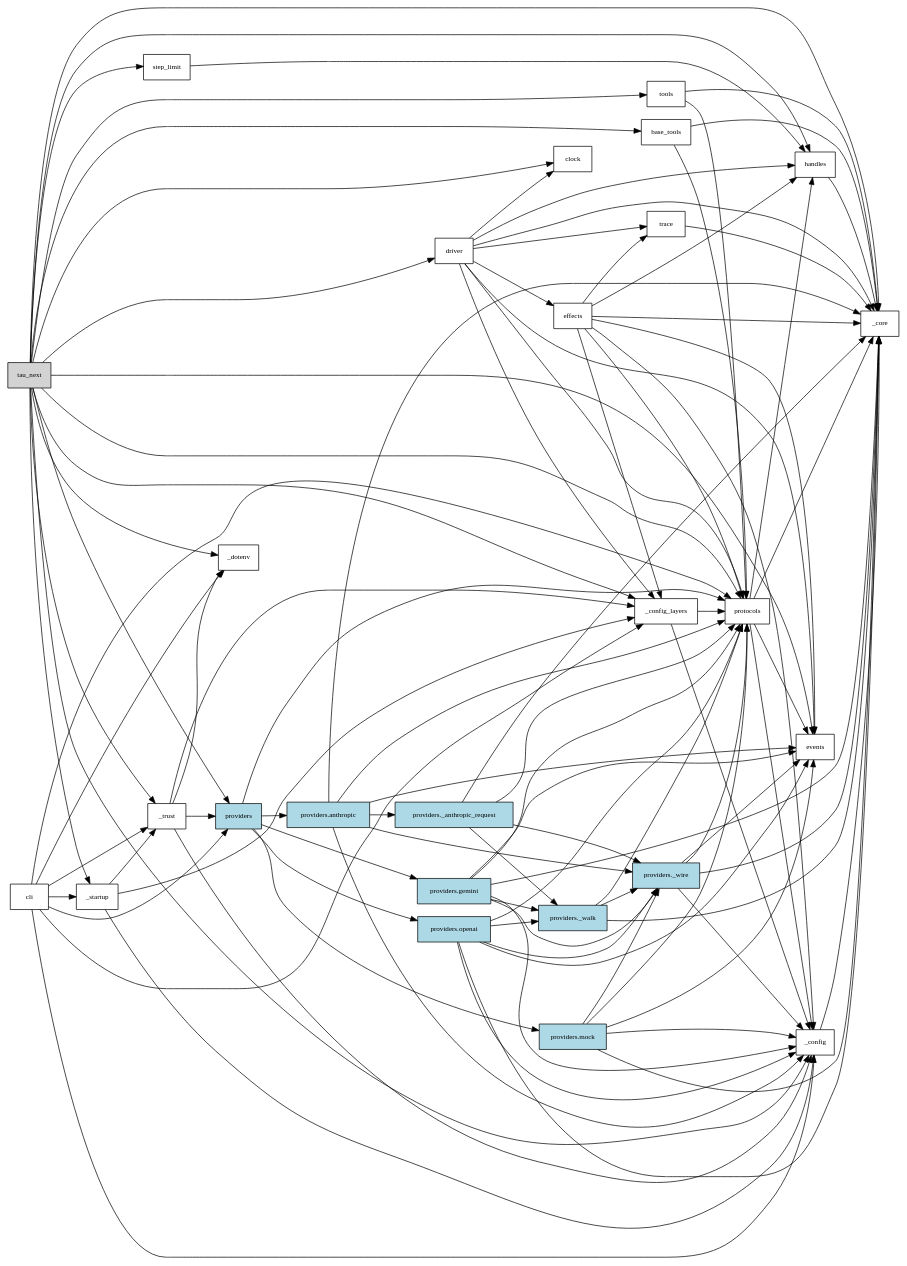
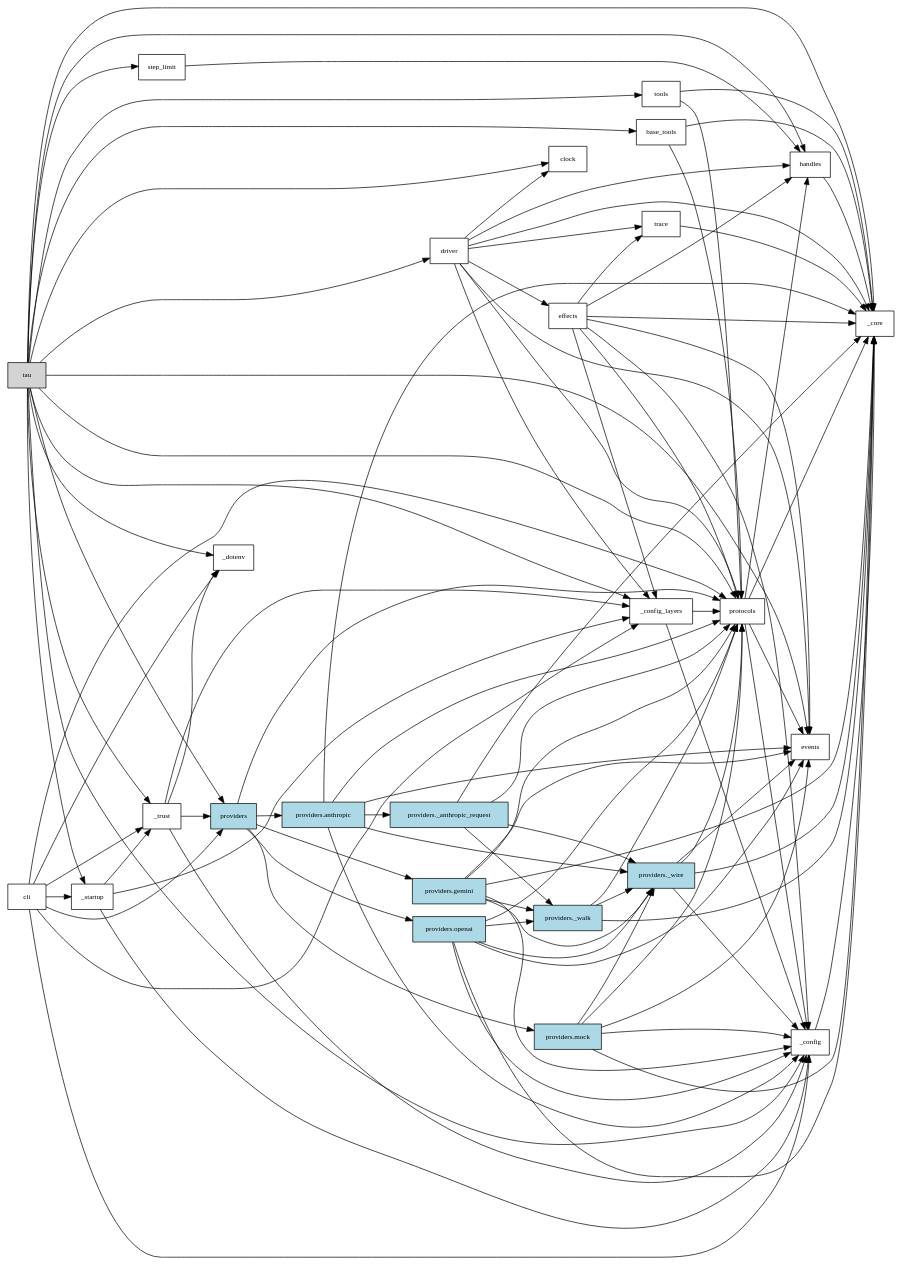
One commit to jmccardle/tau changed the diagram in docs/as-built/phase4/metrics/data/imports.dot. Above: the diagram before and after it, drawn with Graphviz. The commit also changed 209 other files, not shown here.

First line of the commit message:
Absorption: tau_next is tau, ffwf-tau-next is ffwf-tau; parity/ deleted

```diff
--- a/docs/as-built/phase4/metrics/data/imports.dot
+++ b/docs/as-built/phase4/metrics/data/imports.dot
@@ -1,126 +1,126 @@
-digraph tau_next {
+digraph tau {
  rankdir=LR; node [shape=box,fontsize=10];
- "tau_next" [style=filled,fillcolor=lightgrey];
+ "tau" [style=filled,fillcolor=lightgrey];
  "_config" [style=filled,fillcolor=white];
  "_config_layers" [style=filled,fillcolor=white];
  "_dotenv" [style=filled,fillcolor=white];
  "_startup" [style=filled,fillcolor=white];
  "_trust" [style=filled,fillcolor=white];
  "base_tools" [style=filled,fillcolor=white];
  "cli" [style=filled,fillcolor=white];
  "clock" [style=filled,fillcolor=white];
  "driver" [style=filled,fillcolor=white];
  "effects" [style=filled,fillcolor=white];
  "events" [style=filled,fillcolor=white];
  "handles" [style=filled,fillcolor=white];
  "protocols" [style=filled,fillcolor=white];
  "providers" [style=filled,fillcolor=lightblue];
  "providers._anthropic_request" [style=filled,fillcolor=lightblue];
  "providers._walk" [style=filled,fillcolor=lightblue];
  "providers._wire" [style=filled,fillcolor=lightblue];
  "providers.anthropic" [style=filled,fillcolor=lightblue];
  "providers.gemini" [style=filled,fillcolor=lightblue];
  "providers.mock" [style=filled,fillcolor=lightblue];
  "providers.openai" [style=filled,fillcolor=lightblue];
  "step_limit" [style=filled,fillcolor=white];
  "tools" [style=filled,fillcolor=white];
  "trace" [style=filled,fillcolor=white];
  "_core" [style=filled,fillcolor=white];
- "tau_next" -> "_config";
- "tau_next" -> "_config_layers";
- "tau_next" -> "_dotenv";
- "tau_next" -> "_startup";
- "tau_next" -> "_trust";
- "tau_next" -> "base_tools";
- "tau_next" -> "clock";
- "tau_next" -> "driver";
- "tau_next" -> "events";
- "tau_next" -> "handles";
- "tau_next" -> "protocols";
- "tau_next" -> "providers";
- "tau_next" -> "step_limit";
- "tau_next" -> "tools";
+ "tau" -> "_config";
+ "tau" -> "_config_layers";
+ "tau" -> "_dotenv";
+ "tau" -> "_startup";
+ "tau" -> "_trust";
+ "tau" -> "base_tools";
+ "tau" -> "clock";
+ "tau" -> "driver";
+ "tau" -> "events";
+ "tau" -> "handles";
+ "tau" -> "protocols";
+ "tau" -> "providers";
+ "tau" -> "step_limit";
+ "tau" -> "tools";
  "_config_layers" -> "_config";
  "_config_layers" -> "protocols";
  "_startup" -> "_config";
  "_startup" -> "_config_layers";
  "_startup" -> "_trust";
  "_trust" -> "_config";
  "_trust" -> "_config_layers";
  "_trust" -> "_dotenv";
  "_trust" -> "providers";
  "base_tools" -> "protocols";
  "cli" -> "_config";
  "cli" -> "_config_layers";
  "cli" -> "_dotenv";
  "cli" -> "_startup";
  "cli" -> "_trust";
  "cli" -> "protocols";
  "cli" -> "providers";
  "driver" -> "_config_layers";
  "driver" -> "clock";
  "driver" -> "effects";
  "driver" -> "events";
  "driver" -> "handles";
  "driver" -> "protocols";
  "driver" -> "trace";
  "effects" -> "_config";
  "effects" -> "_config_layers";
  "effects" -> "events";
  "effects" -> "handles";
  "effects" -> "protocols";
  "effects" -> "trace";
  "protocols" -> "_config";
  "protocols" -> "events";
  "protocols" -> "handles";
  "providers" -> "protocols";
  "providers" -> "providers.anthropic";
  "providers" -> "providers.gemini";
  "providers" -> "providers.mock";
  "providers" -> "providers.openai";
  "providers._anthropic_request" -> "protocols";
  "providers._anthropic_request" -> "providers._walk";
  "providers._anthropic_request" -> "providers._wire";
  "providers._walk" -> "protocols";
  "providers._walk" -> "providers._wire";
  "providers._wire" -> "_config";
  "providers._wire" -> "events";
  "providers._wire" -> "protocols";
  "providers.anthropic" -> "_config";
  "providers.anthropic" -> "events";
  "providers.anthropic" -> "protocols";
  "providers.anthropic" -> "providers._anthropic_request";
  "providers.anthropic" -> "providers._wire";
  "providers.gemini" -> "_config";
  "providers.gemini" -> "events";
  "providers.gemini" -> "protocols";
  "providers.gemini" -> "providers._walk";
  "providers.gemini" -> "providers._wire";
  "providers.mock" -> "_config";
  "providers.mock" -> "events";
  "providers.mock" -> "protocols";
  "providers.mock" -> "providers._wire";
  "providers.openai" -> "_config";
  "providers.openai" -> "events";
  "providers.openai" -> "protocols";
  "providers.openai" -> "providers._walk";
  "providers.openai" -> "providers._wire";
  "step_limit" -> "handles";
  "tools" -> "protocols";
- "tau_next" -> "_core";
+ "tau" -> "_core";
  "_config" -> "_core";
  "base_tools" -> "_core";
  "driver" -> "_core";
  "effects" -> "_core";
  "handles" -> "_core";
  "protocols" -> "_core";
  "providers._anthropic_request" -> "_core";
  "providers._walk" -> "_core";
  "providers._wire" -> "_core";
  "providers.anthropic" -> "_core";
  "providers.gemini" -> "_core";
  "providers.mock" -> "_core";
  "providers.openai" -> "_core";
  "tools" -> "_core";
  "trace" -> "_core";
 }
```
